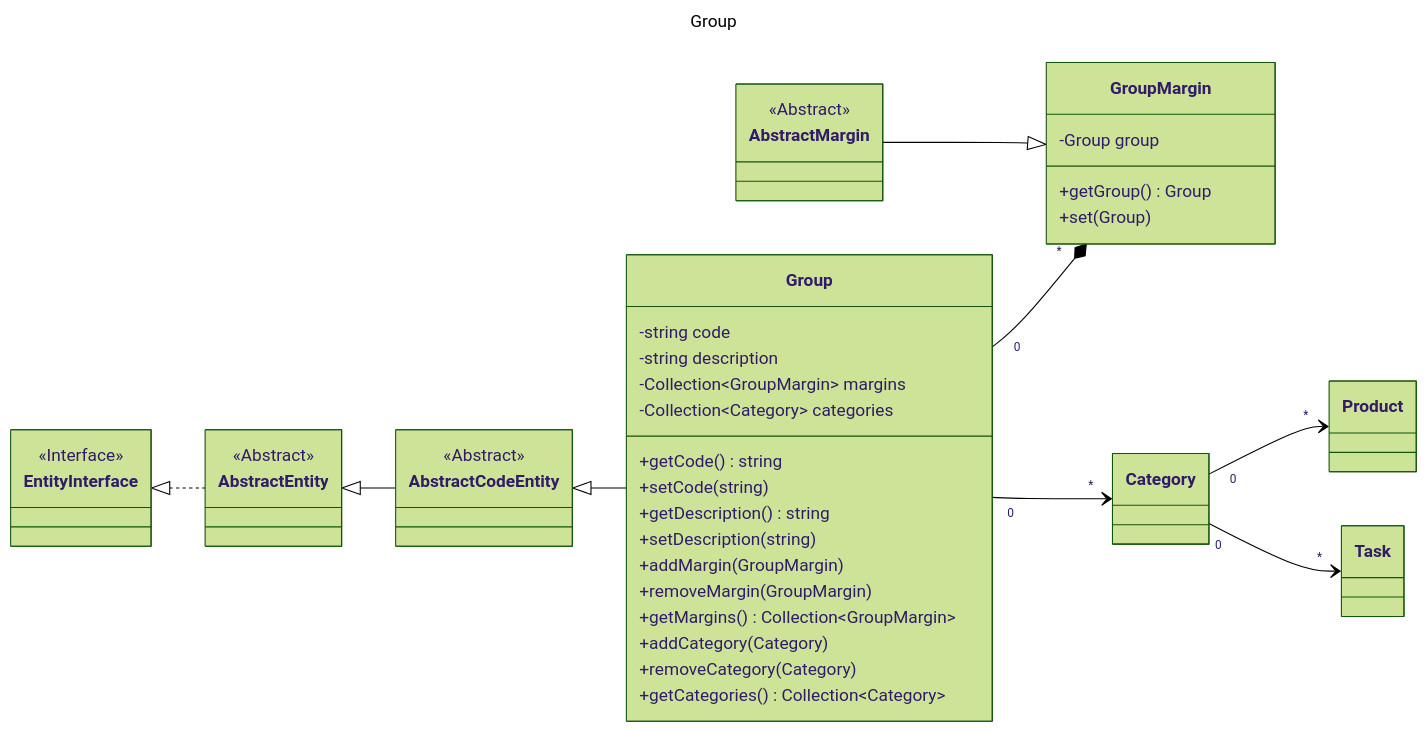
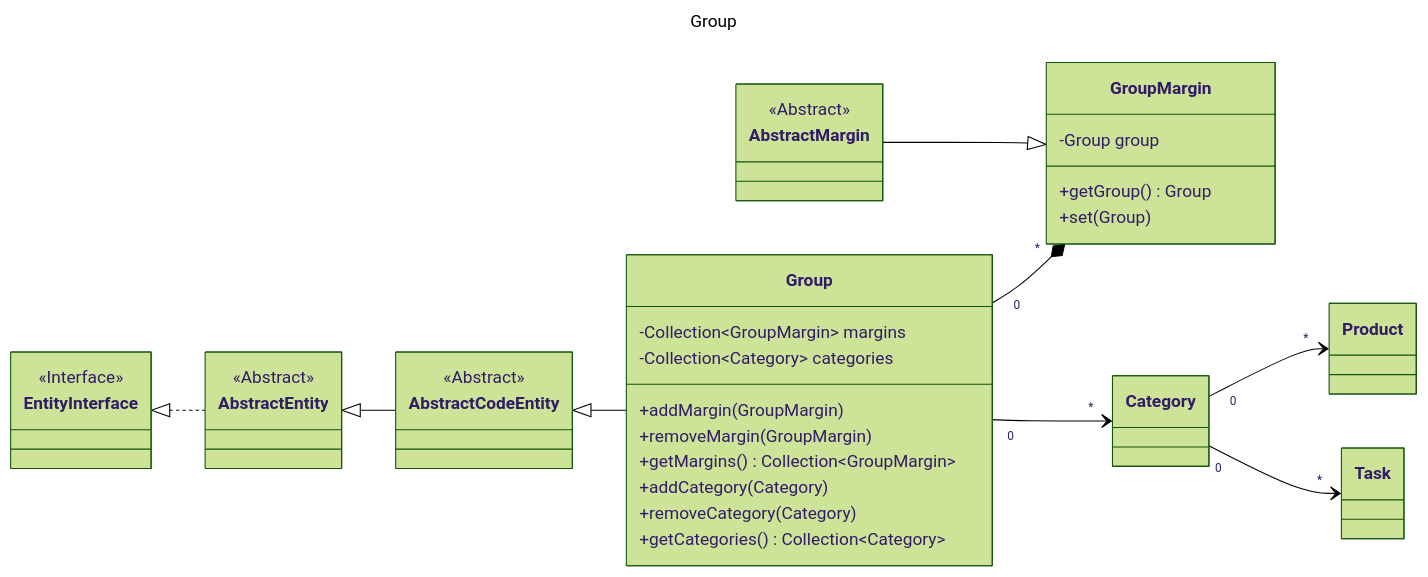
The diagram in resources/diagrams/group.mmd (laurentmuller/calculation), drawn with Mermaid (forest theme) before and after one commit. The commit also changed 5 other files, not shown here.

Commit message:
Updated DiagramService.

```diff
--- a/resources/diagrams/group.mmd
+++ b/resources/diagrams/group.mmd
@@ -1,63 +1,57 @@
 ---
 title: Group
 ---
 
 classDiagram
     direction LR
 
     class Group {
-        -string code
-        -string description
         -Collection~GroupMargin~ margins
         -Collection~Category~ categories
-        +getCode() string
-        +setCode(string)
-        +getDescription() string
-        +setDescription(string)
         +addMargin(GroupMargin)
         +removeMargin(GroupMargin)
         +getMargins() Collection~GroupMargin~
         +addCategory(Category)
         +removeCategory(Category)
         +getCategories() Collection~Category~
     }
 
     class GroupMargin {
         -Group group
         +getGroup() Group
         +set(Group)
     }
 
     class AbstractMargin {
         <<Abstract>>
     }
 
     class AbstractEntity {
         <<Abstract>>
     }
 
     class AbstractCodeEntity {
         <<Abstract>>
     }
 
     class EntityInterface {
         <<Interface>>
     }
 
     EntityInterface <|.. AbstractEntity
     AbstractCodeEntity <|-- Group
     AbstractEntity <|-- AbstractCodeEntity
 
     Group "0" --* "*" GroupMargin
     Group "0" --> "*" Category
     AbstractMargin --|> GroupMargin
     Category "0" --> "*" Product
     Category "0" --> "*" Task
 
     click EntityInterface call nodeCallback()
     click AbstractEntity call nodeCallback()
     click AbstractCodeEntity call nodeCallback()
     click AbstractMargin call nodeCallback()
     click Category call nodeCallback()
     click Product call nodeCallback()
     click Task call nodeCallback()
```
